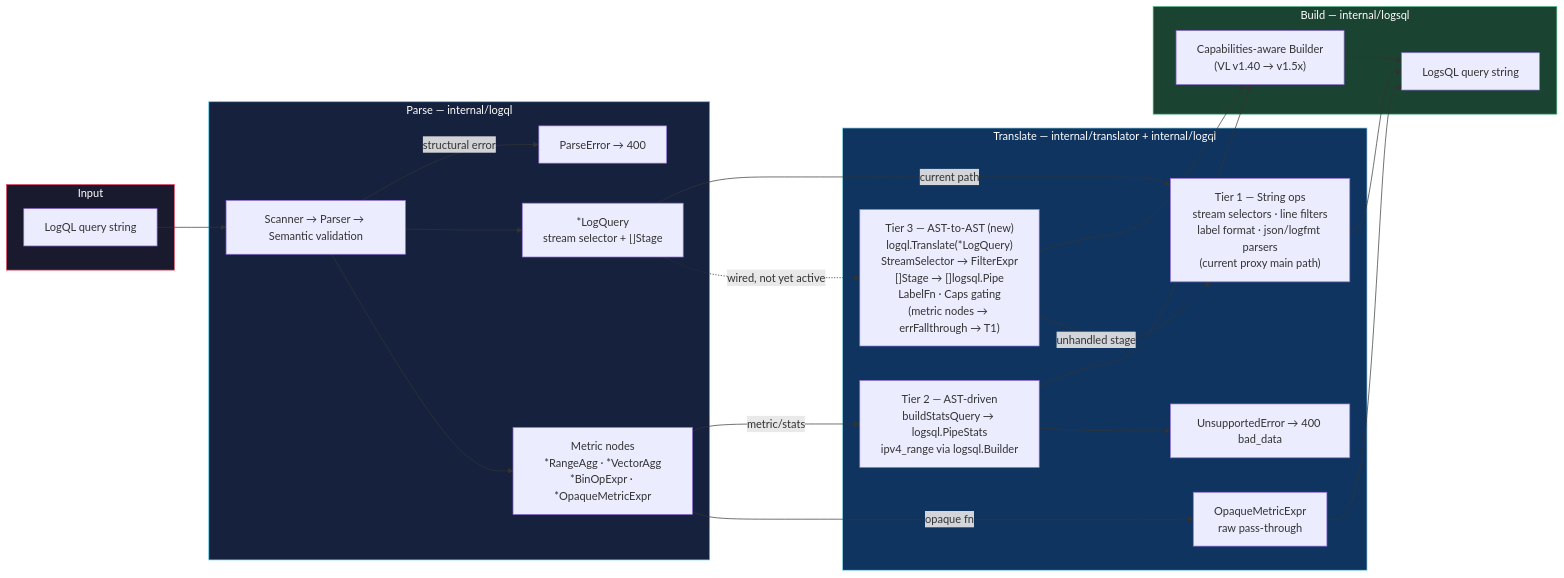
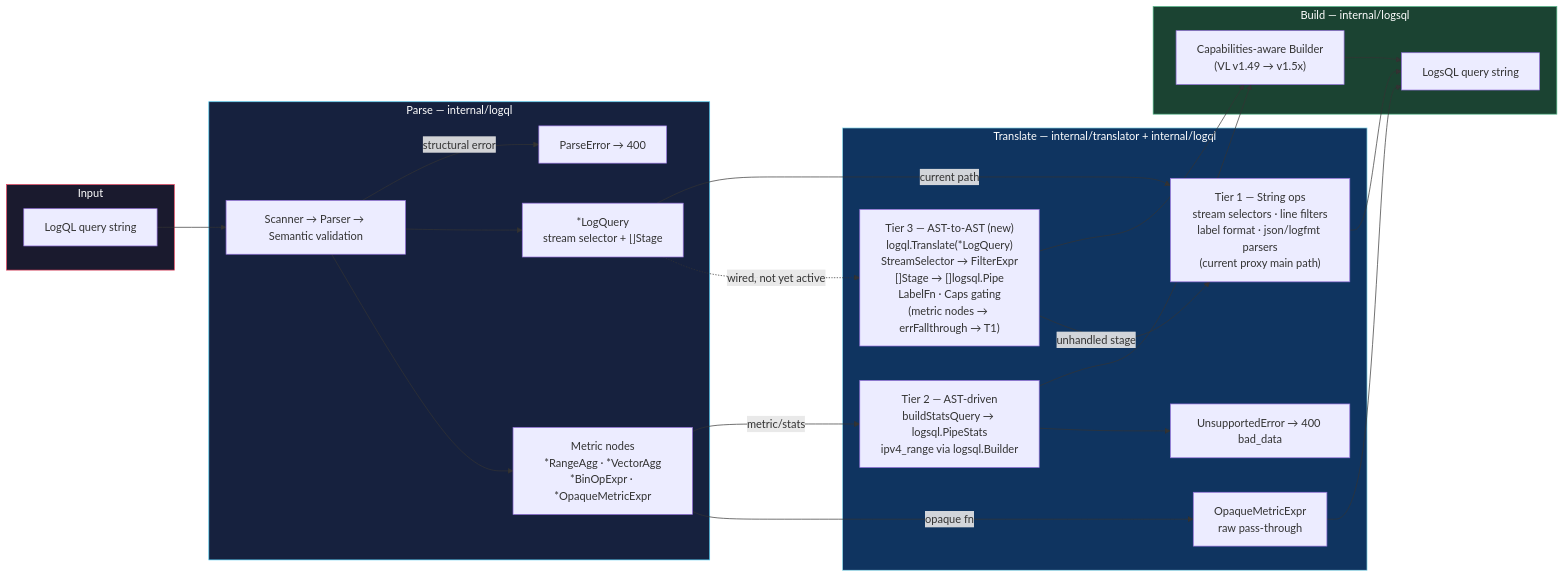
The seventh of 7 diagrams in docs/architecture.md (ReliablyObserve/loki-vl-proxy), drawn with Mermaid before and after one commit. The commit also changed 10 other files, not shown here.

````diff
--- a/docs/architecture.md
+++ b/docs/architecture.md
@@ -394,49 +394,49 @@
 ```mermaid
 flowchart LR
     subgraph Input["Input"]
         LQ["LogQL query string"]
     end
 
     subgraph Parse["Parse — internal/logql"]
         PARSE["Scanner → Parser → Semantic validation"]
         PERR["ParseError → 400"]
         AST_LOG["*LogQuery\nstream selector + []Stage"]
         AST_MET["Metric nodes\n*RangeAgg · *VectorAgg\n*BinOpExpr · *OpaqueMetricExpr"]
     end
 
     subgraph Translate["Translate — internal/translator + internal/logql"]
         T1["Tier 1 — String ops\nstream selectors · line filters\nlabel format · json/logfmt parsers\n(current proxy main path)"]
         T2["Tier 2 — AST-driven\nbuildStatsQuery → logsql.PipeStats\nipv4_range via logsql.Builder"]
         T3["Tier 3 — AST-to-AST (new)\nlogql.Translate(*LogQuery)\nStreamSelector → FilterExpr\n[]Stage → []logsql.Pipe\nLabelFn · Caps gating\n(metric nodes → errFallthrough → T1)"]
         UNSUP["UnsupportedError → 400 bad_data"]
         RAW["OpaqueMetricExpr\nraw pass-through"]
     end
 
     subgraph Build["Build — internal/logsql"]
-        BUILDER["Capabilities-aware Builder\n(VL v1.40 → v1.5x)"]
+        BUILDER["Capabilities-aware Builder\n(VL v1.49 → v1.5x)"]
         LOGSQL["LogsQL query string"]
     end
 
     LQ --> PARSE
     PARSE -->|"structural error"| PERR
     PARSE --> AST_LOG
     PARSE --> AST_MET
 
     AST_LOG -->|"current path"| T1
     AST_LOG -.->|"wired, not yet active"| T3
     AST_MET -->|"metric/stats"| T2
     AST_MET -->|"opaque fn"| RAW
 
     T1 --> LOGSQL
     T2 --> BUILDER --> LOGSQL
     T2 --> UNSUP
     T3 --> BUILDER
     T3 -->|"unhandled stage"| T1
 
     RAW --> LOGSQL
 
     style Input fill:#1a1a2e,stroke:#e94560,color:#fff
     style Parse fill:#16213e,stroke:#4cc9f0,color:#fff
     style Translate fill:#0f3460,stroke:#90e0ef,color:#fff
     style Build fill:#1b4332,stroke:#52b788,color:#fff
 ```
````
